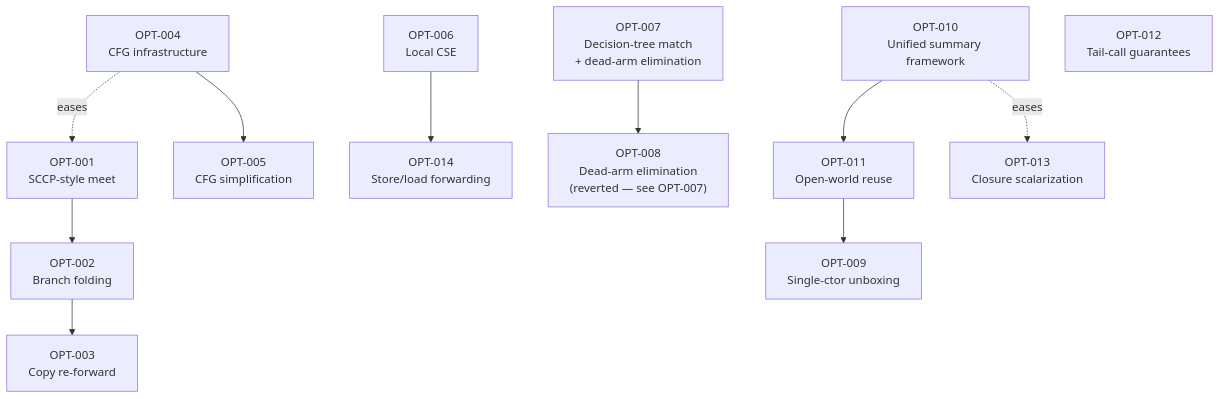
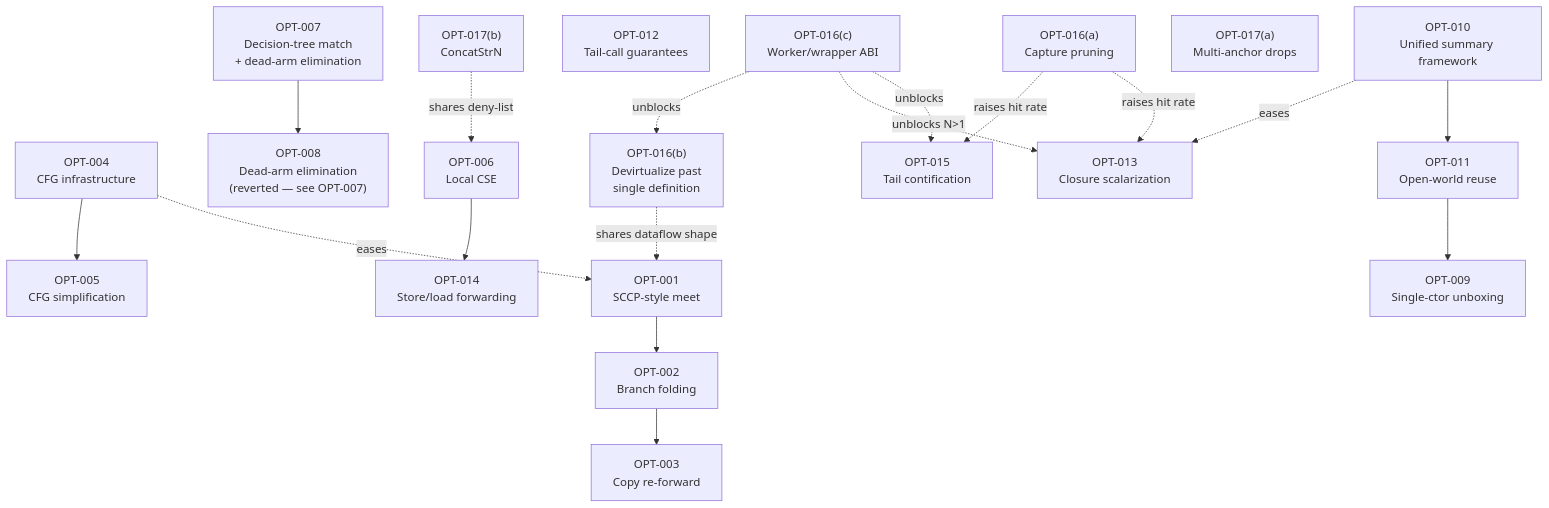
The second of 2 diagrams in docs/md/future/OPTIMIZER_IMPROVEMENTS.md (MattiasHognas/Ashes), drawn with Mermaid before and after one commit. The commit also changed other lines of this file, not shown here.

````diff
--- a/docs/md/future/OPTIMIZER_IMPROVEMENTS.md
+++ b/docs/md/future/OPTIMIZER_IMPROVEMENTS.md
@@ -1934,28 +2408,42 @@
 ```mermaid
 graph TD
     OPT001["OPT-001<br/>SCCP-style meet"]
     OPT002["OPT-002<br/>Branch folding"]
     OPT003["OPT-003<br/>Copy re-forward"]
     OPT004["OPT-004<br/>CFG infrastructure"]
     OPT005["OPT-005<br/>CFG simplification"]
     OPT006["OPT-006<br/>Local CSE"]
     OPT014["OPT-014<br/>Store/load forwarding"]
     OPT007["OPT-007<br/>Decision-tree match<br/>+ dead-arm elimination"]
     OPT008["OPT-008<br/>Dead-arm elimination<br/>(reverted — see OPT-007)"]
     OPT009["OPT-009<br/>Single-ctor unboxing"]
     OPT010["OPT-010<br/>Unified summary framework"]
     OPT011["OPT-011<br/>Open-world reuse"]
     OPT012["OPT-012<br/>Tail-call guarantees"]
     OPT013["OPT-013<br/>Closure scalarization"]
+    OPT015["OPT-015<br/>Tail contification"]
+    OPT016a["OPT-016(a)<br/>Capture pruning"]
+    OPT016b["OPT-016(b)<br/>Devirtualize past<br/>single definition"]
+    OPT016c["OPT-016(c)<br/>Worker/wrapper ABI"]
+    OPT017a["OPT-017(a)<br/>Multi-anchor drops"]
+    OPT017b["OPT-017(b)<br/>ConcatStrN"]
 
     OPT001 --> OPT002
     OPT002 --> OPT003
     OPT004 -.eases.-> OPT001
     OPT004 --> OPT005
     OPT006 --> OPT014
     OPT007 --> OPT008
     OPT010 --> OPT011
     OPT011 --> OPT009
     OPT010 -.eases.-> OPT013
     OPT012
+    OPT016a -.raises hit rate.-> OPT013
+    OPT016a -.raises hit rate.-> OPT015
+    OPT016b -.shares dataflow shape.-> OPT001
+    OPT016c -.unblocks.-> OPT015
+    OPT016c -.unblocks N&gt;1.-> OPT013
+    OPT016c -.unblocks.-> OPT016b
+    OPT017a
+    OPT017b -.shares deny-list.-> OPT006
 ```
````
